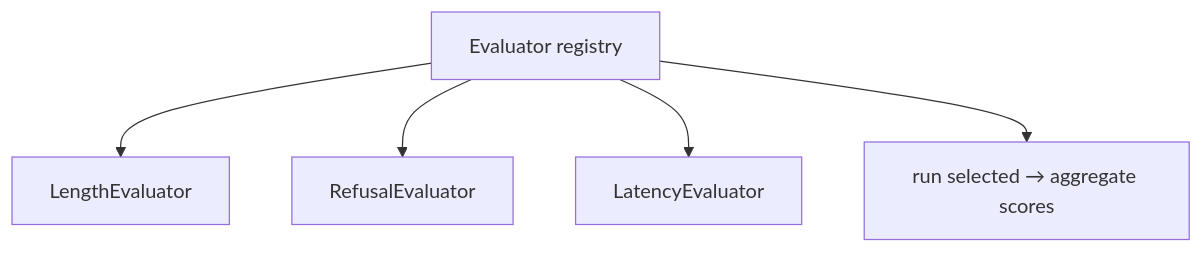
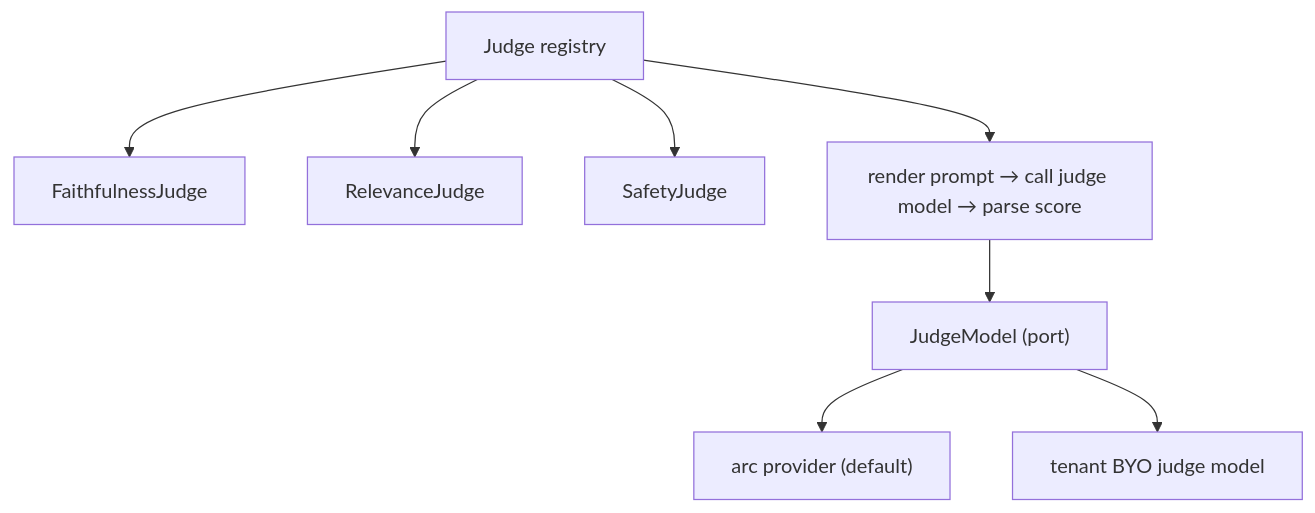
One commit to DimitarAtanassov/arc-eval-service changed the diagram in docs/arc-evaluator.md. Above: the diagram before and after it, drawn with Mermaid. The commit also changed other lines of this file and 3 other files, not shown here.

````diff
--- a/docs/arc-evaluator.md
+++ b/docs/arc-evaluator.md
@@ -31,7 +34,10 @@
 ```mermaid
 flowchart TD
-    REG["Evaluator registry"] --> L["LengthEvaluator"]
-    REG --> R["RefusalEvaluator"]
-    REG --> LAT["LatencyEvaluator"]
-    REG --> RUN["run selected → aggregate scores"]
+    REG["Judge registry"] --> F["FaithfulnessJudge"]
+    REG --> R["RelevanceJudge"]
+    REG --> S["SafetyJudge"]
+    REG --> RUN["render prompt → call judge model → parse score"]
+    RUN --> PORT["JudgeModel (port)"]
+    PORT --> ARC["arc provider (default)"]
+    PORT --> BYO["tenant BYO judge model"]
 ```
````
